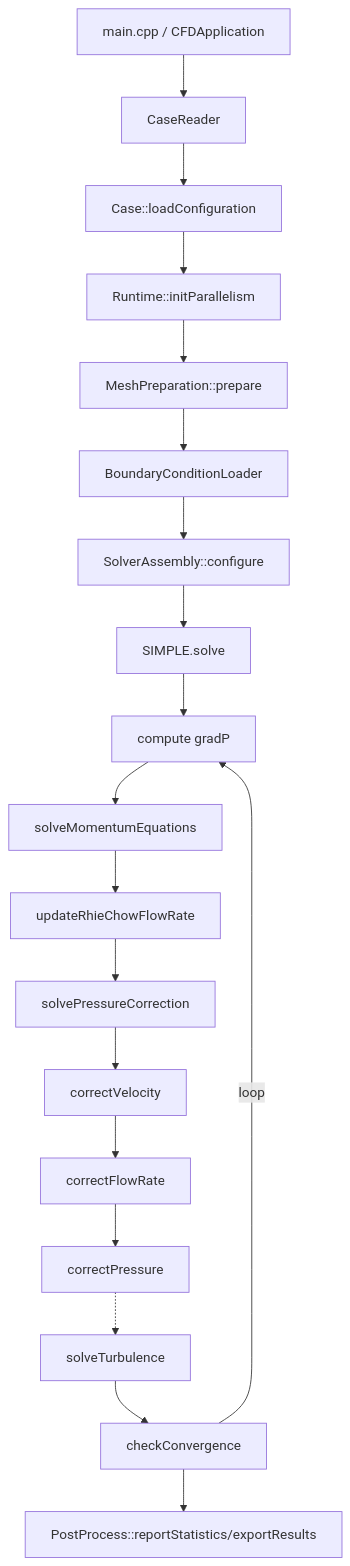
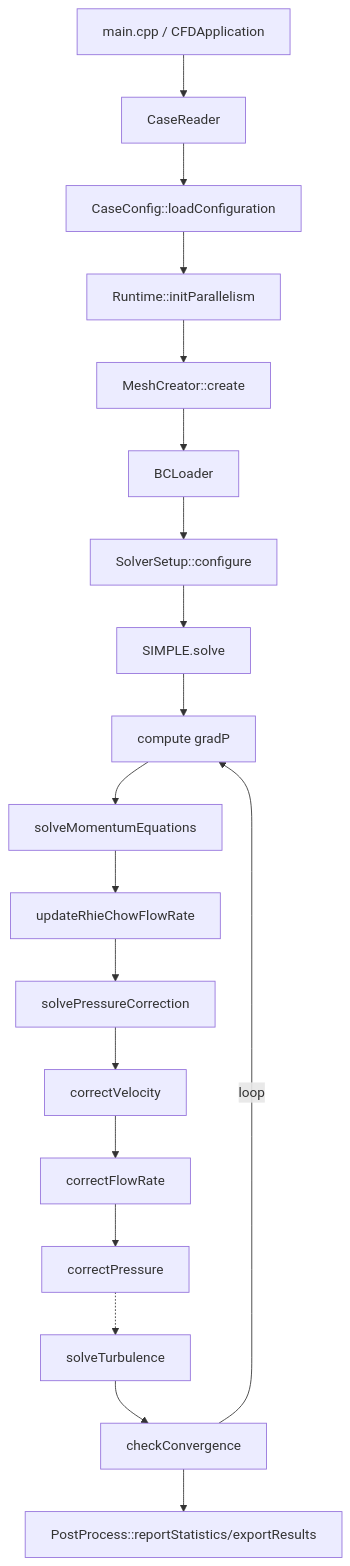
Before and after one commit to mohamed-i-mousa/Turblyze: the diagram in docs/DEVELOPER_GUIDE.md, drawn with Mermaid. The commit also changed other lines of this file and 19 other files, not shown here.

````diff
--- a/docs/DEVELOPER_GUIDE.md
+++ b/docs/DEVELOPER_GUIDE.md
@@ -908,21 +908,21 @@
 ```mermaid
 flowchart TD
   A[main.cpp / CFDApplication] --> B[CaseReader]
-  B --> C[Case::loadConfiguration]
+  B --> C[CaseConfig::loadConfiguration]
   C --> D[Runtime::initParallelism]
-  D --> E[MeshPreparation::prepare]
-  E --> F[BoundaryConditionLoader]
-  F --> G[SolverAssembly::configure]
+  D --> E[MeshCreator::create]
+  E --> F[BCLoader]
+  F --> G[SolverSetup::configure]
   G --> H[SIMPLE.solve]
   H --> I[compute gradP]
   I --> J[solveMomentumEquations]
   J --> K[updateRhieChowFlowRate]
   K --> L[solvePressureCorrection]
   L --> M[correctVelocity]
   M --> N[correctFlowRate]
   N --> O[correctPressure]
   O -.-> T[solveTurbulence]
   T --> P[checkConvergence]
   P -->|loop| I
   P --> Q[PostProcess::reportStatistics/exportResults]
 ```
````
